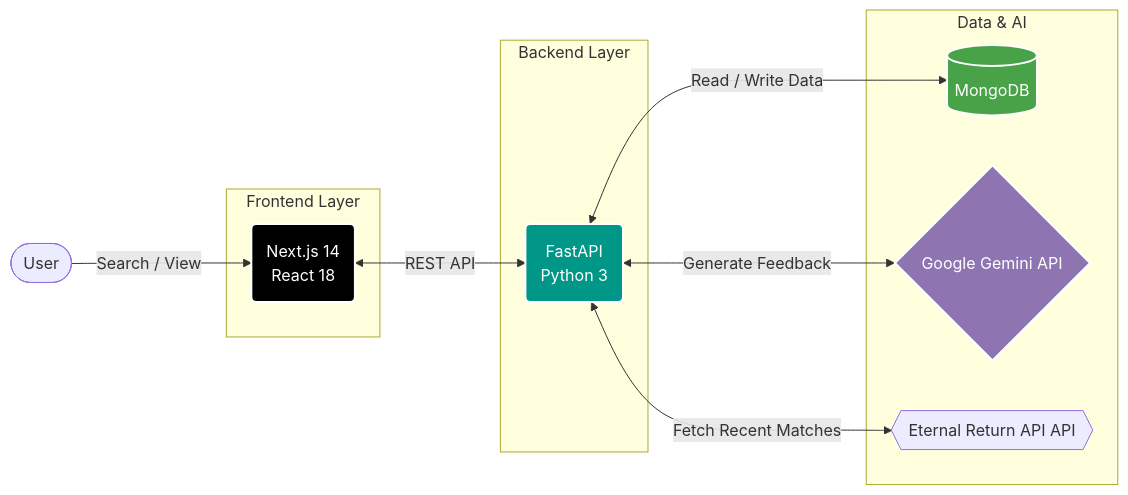
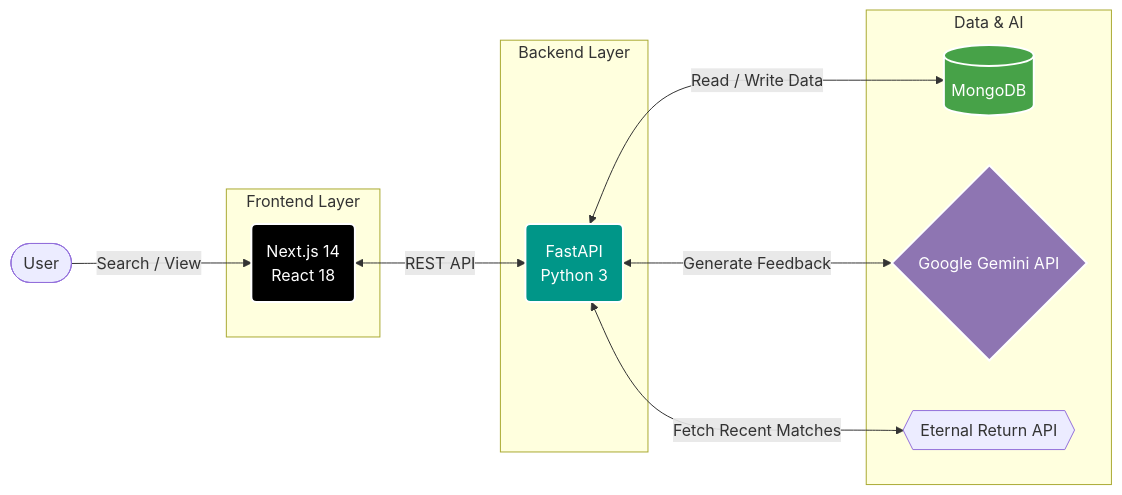
Before and after one commit to cistus75/er_public: the diagram in README.md, drawn with Mermaid.

Commit message:
docs: 단어 중복되어 중복된 단어 삭제

````diff
--- a/README.md
+++ b/README.md
@@ -37,33 +37,33 @@
 ```mermaid
 graph LR
     User([User]) -->|Search / View| Frontend
     
     subgraph Vercel [Frontend Layer]
         Frontend(Next.js 14<br/>React 18)
     end
     
     subgraph Render [Backend Layer]
         Backend(FastAPI<br/>Python 3)
     end
     
     subgraph Data & AI
         DB[(MongoDB)]
         Gemini{Google Gemini API}
-        ER_API{{Eternal Return API API}}
+        ER_API{{Eternal Return API}}
     end
     
     Frontend <-->|REST API| Backend
     Backend <-->|Fetch Recent Matches| ER_API
     Backend <-->|Read / Write Data| DB
     Backend <-->|Generate Feedback| Gemini
     
     classDef frontend fill:#000,stroke:#fff,stroke-width:2px,color:#fff;
     classDef backend fill:#009688,stroke:#fff,stroke-width:2px,color:#fff;
     classDef db fill:#47A248,stroke:#fff,stroke-width:2px,color:#fff;
     classDef ai fill:#8E75B2,stroke:#fff,stroke-width:2px,color:#fff;
     
     class Frontend frontend;
     class Backend backend;
     class DB db;
     class Gemini ai;
 ```
````
